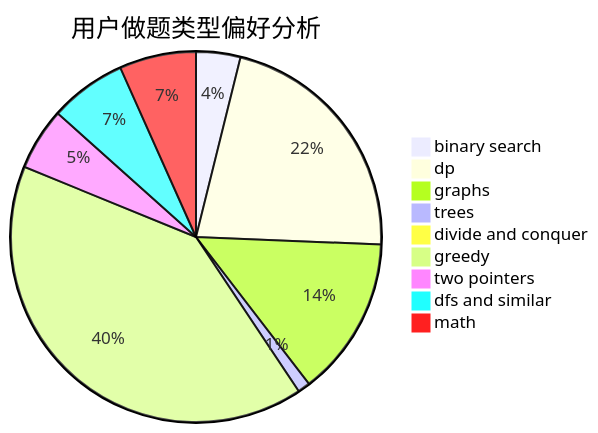
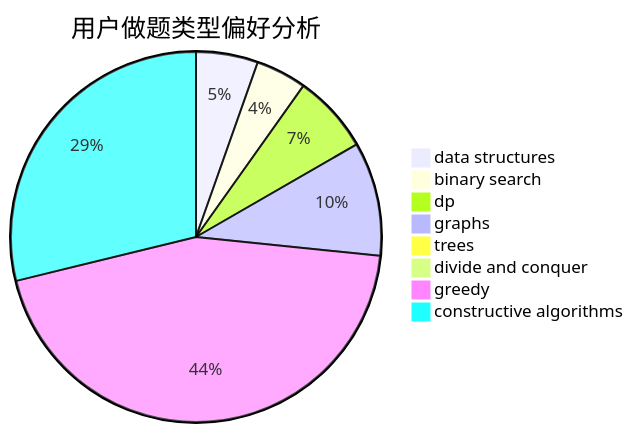
The second of 3 diagrams in docs/user/u1471.md (sherpahu/cfrs.github.io), drawn with Mermaid before and after one commit. The commit also changed other lines of this file and 2775 other files, not shown here.

````diff
--- a/docs/user/u1471.md
+++ b/docs/user/u1471.md
@@ -23,12 +23,11 @@
 ```mermaid
 pie title 用户做题类型偏好分析
-    "binary search" :  93
-    "dp" :  524
-    "graphs" :  335
-    "trees" :  26
-    "divide and conquer" :  15
-    "greedy" :  975
-    "two pointers" :  131
-    "dfs and similar" :  161
-    "math" :  161
+    "data structures" :  94
+    "binary search" :  77
+    "dp" :  119
+    "graphs" :  173
+    "trees" :  6
+    "divide and conquer" :  0
+    "greedy" :  775
+    "constructive algorithms" :  501
 ```
````
